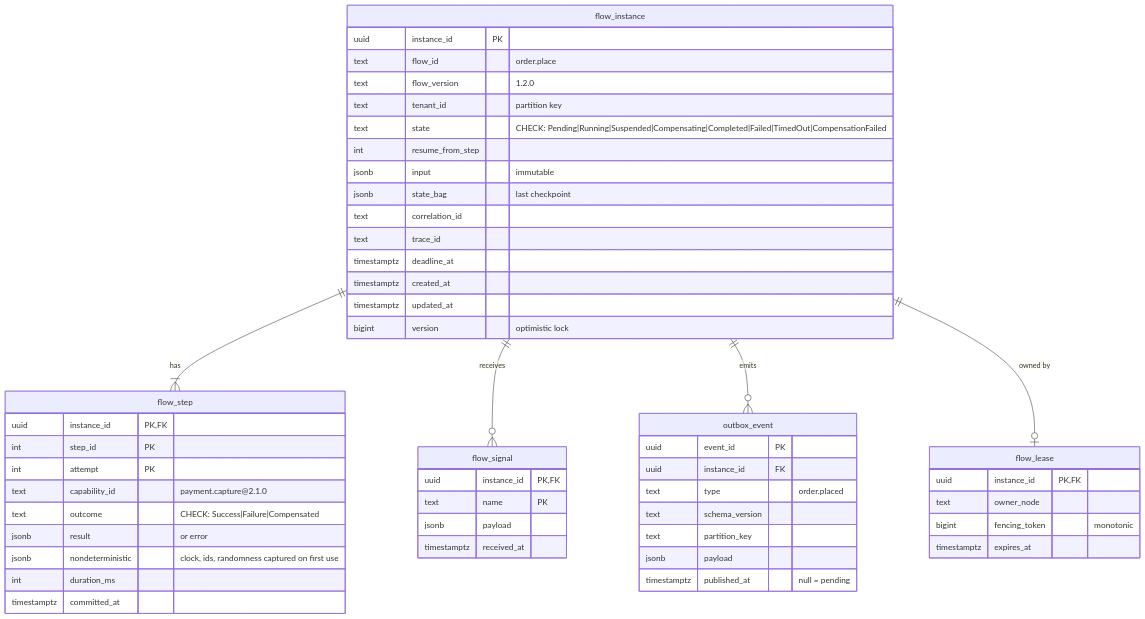
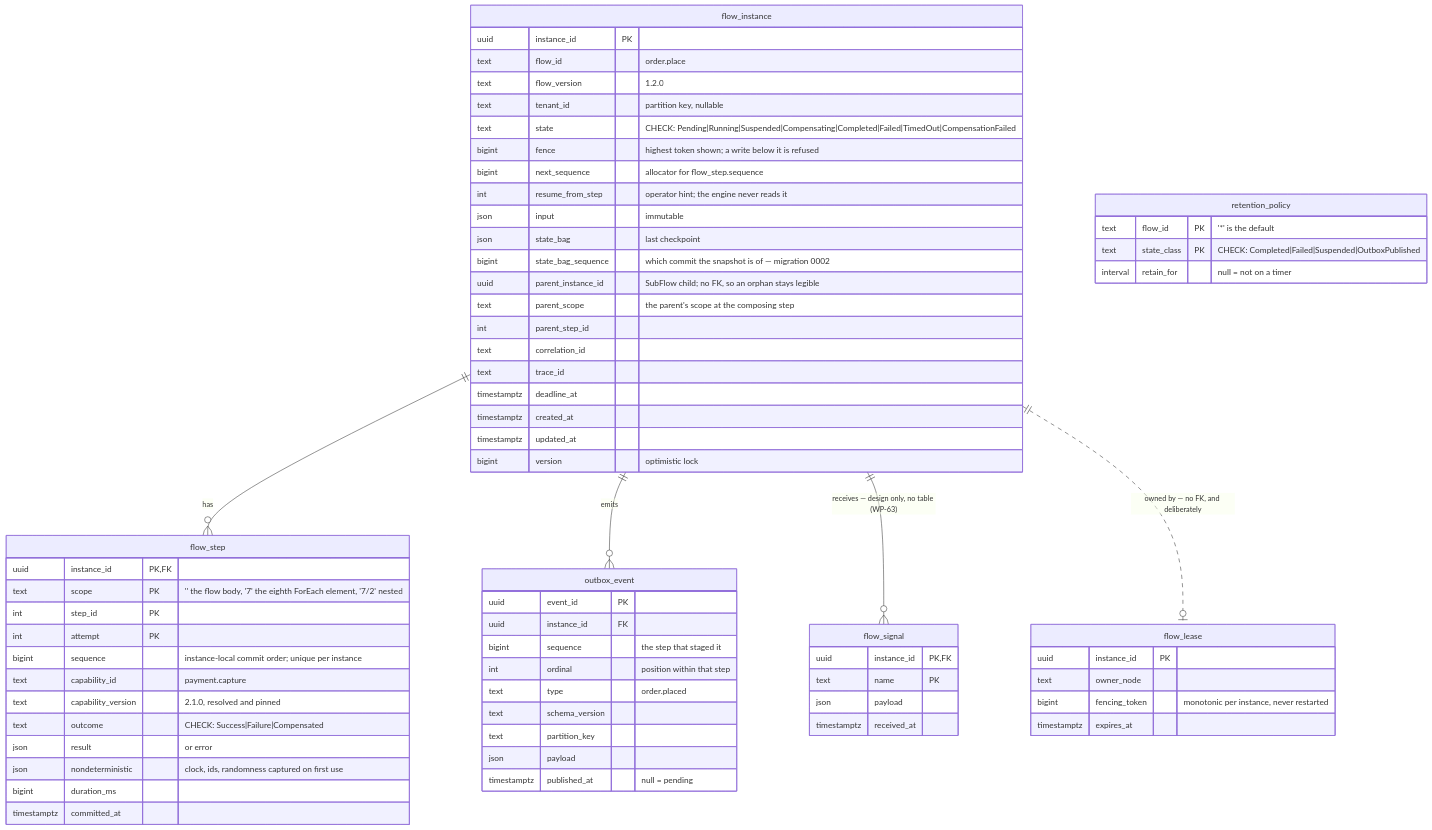
One commit to KhaiTrang1995/NexusFlow changed the second of 7 diagrams in docs/11-Distributed-Runtime.md. Above: the diagram before and after it, drawn with Mermaid. The commit also changed other lines of this file and 7 other files, not shown here.

````diff
--- a/docs/11-Distributed-Runtime.md
+++ b/docs/11-Distributed-Runtime.md
@@ -72,56 +88,72 @@
 ```mermaid
 erDiagram
-    flow_instance ||--|{ flow_step : "has"
-    flow_instance ||--o{ flow_signal : "receives"
+    flow_instance ||--o{ flow_step : "has"
     flow_instance ||--o{ outbox_event : "emits"
-    flow_instance ||--o| flow_lease : "owned by"
+    flow_instance ||--o{ flow_signal : "receives — design only, no table (WP-63)"
+    flow_instance ||..o| flow_lease : "owned by — no FK, and deliberately"
 
     flow_instance {
         uuid instance_id PK
         text flow_id "order.place"
         text flow_version "1.2.0"
-        text tenant_id "partition key"
+        text tenant_id "partition key, nullable"
         text state "CHECK: Pending|Running|Suspended|Compensating|Completed|Failed|TimedOut|CompensationFailed"
-        int  resume_from_step
-        jsonb input "immutable"
-        jsonb state_bag "last checkpoint"
+        bigint fence "highest token shown; a write below it is refused"
+        bigint next_sequence "allocator for flow_step.sequence"
+        int  resume_from_step "operator hint; the engine never reads it"
+        json input "immutable"
+        json state_bag "last checkpoint"
+        bigint state_bag_sequence "which commit the snapshot is of — migration 0002"
+        uuid parent_instance_id "SubFlow child; no FK, so an orphan stays legible"
+        text parent_scope "the parent's scope at the composing step"
+        int  parent_step_id
         text correlation_id
         text trace_id
         timestamptz deadline_at
         timestamptz created_at
         timestamptz updated_at
         bigint version "optimistic lock"
     }
     flow_step {
         uuid instance_id PK,FK
+        text scope PK "'' the flow body, '7' the eighth ForEach element, '7/2' nested"
         int  step_id PK
         int  attempt PK
-        text capability_id "payment.capture@2.1.0"
+        bigint sequence "instance-local commit order; unique per instance"
+        text capability_id "payment.capture"
+        text capability_version "2.1.0, resolved and pinned"
         text outcome "CHECK: Success|Failure|Compensated"
-        jsonb result "or error"
-        jsonb nondeterministic "clock, ids, randomness captured on first use"
-        int  duration_ms
+        json result "or error"
+        json nondeterministic "clock, ids, randomness captured on first use"
+        bigint duration_ms
         timestamptz committed_at
     }
     flow_signal {
         uuid instance_id PK,FK
         text name PK
-        jsonb payload
+        json payload
         timestamptz received_at
     }
     outbox_event {
         uuid event_id PK
         uuid instance_id FK
+        bigint sequence "the step that staged it"
+        int  ordinal "position within that step"
         text type "order.placed"
         text schema_version
         text partition_key
-        jsonb payload
+        json payload
         timestamptz published_at "null = pending"
     }
     flow_lease {
-        uuid instance_id PK,FK
+        uuid instance_id PK
         text owner_node
-        bigint fencing_token "monotonic"
+        bigint fencing_token "monotonic per instance, never restarted"
         timestamptz expires_at
     }
+    retention_policy {
+        text flow_id PK "'*' is the default"
+        text state_class PK "CHECK: Completed|Failed|Suspended|OutboxPublished"
+        interval retain_for "null = not on a timer"
+    }
 ```
````
